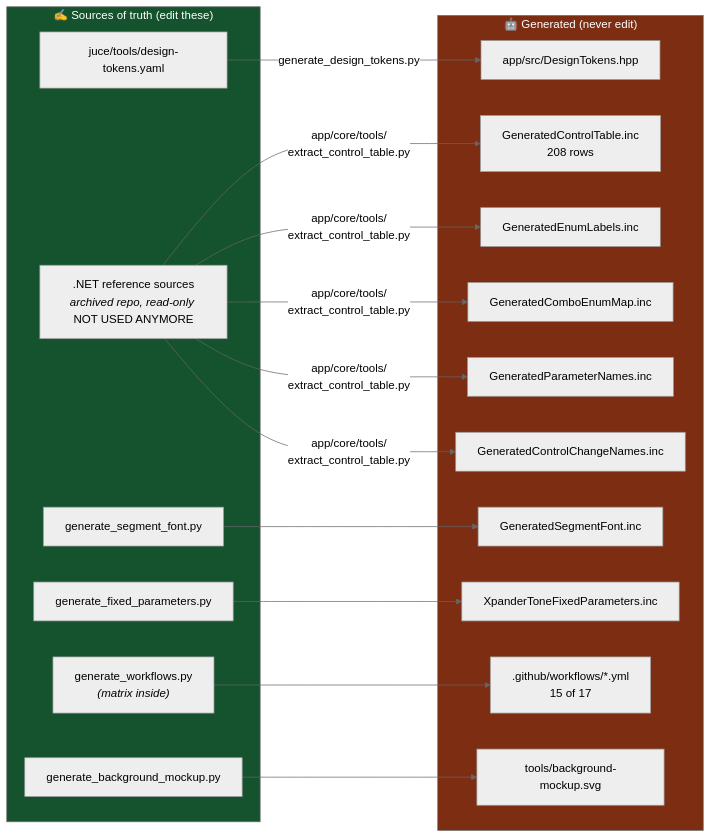
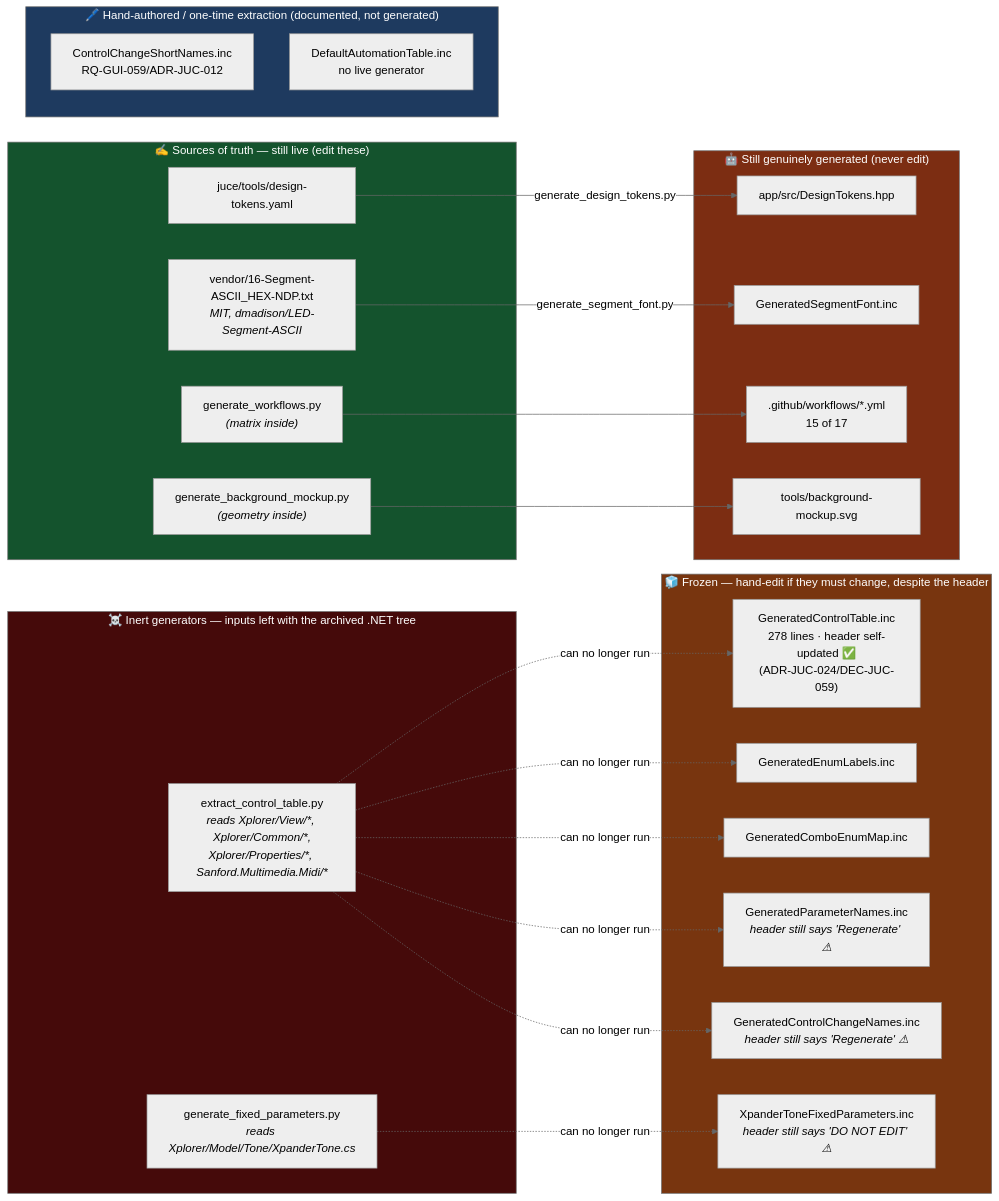
The eighth of 18 diagrams in docs/architecture-analysis.md (xplorer2716/XplorerEditor), drawn with Mermaid (neutral theme) before and after one commit. The commit also changed other lines of this file, not shown here.

First line of the commit message:
docs: correct architecture-analysis.md against verified current state

````diff
--- a/docs/architecture-analysis.md
+++ b/docs/architecture-analysis.md
@@ -433,34 +463,48 @@
 ```mermaid
 flowchart LR
-    subgraph SRC ["✍️ Sources of truth (edit these)"]
+    subgraph SRC ["✍️ Sources of truth — still live (edit these)"]
         DTY["juce/tools/design-tokens.yaml"]
-        REF[".NET reference sources<br/><i>archived repo, read-only</i> NOT USED ANYMORE"]
-        SVG["generate_background_mockup.py"]
+        VEND["vendor/16-Segment-ASCII_HEX-NDP.txt<br/><i>MIT, dmadison/LED-Segment-ASCII</i>"]
+        SVGG["generate_background_mockup.py<br/><i>(geometry inside)</i>"]
         MTX["generate_workflows.py<br/><i>(matrix inside)</i>"]
-        SEG["generate_segment_font.py"]
-        FIX["generate_fixed_parameters.py"]
     end
 
-    subgraph OUT ["🤖 Generated (never edit)"]
-        DTH["app/src/DesignTokens.hpp"]
-        CT["GeneratedControlTable.inc<br/>208 rows"]
+    subgraph DEAD ["☠️ Inert generators — inputs left with the archived .NET tree"]
+        EXT["extract_control_table.py<br/><i>reads Xplorer/View/*, Xplorer/Common/*,<br/>Xplorer/Properties/*, Sanford.Multimedia.Midi/*</i>"]
+        FIXG["generate_fixed_parameters.py<br/><i>reads Xplorer/Model/Tone/XpanderTone.cs</i>"]
+    end
+
+    subgraph FROZEN ["🧊 Frozen — hand-edit if they must change, despite the header"]
+        CT["GeneratedControlTable.inc<br/>278 lines · header self-updated ✅<br/>(ADR-JUC-024/DEC-JUC-059)"]
         EL["GeneratedEnumLabels.inc"]
         CE["GeneratedComboEnumMap.inc"]
-        PN["GeneratedParameterNames.inc"]
-        CC["GeneratedControlChangeNames.inc"]
+        PN["GeneratedParameterNames.inc<br/><i>header still says 'Regenerate' ⚠</i>"]
+        CC["GeneratedControlChangeNames.inc<br/><i>header still says 'Regenerate' ⚠</i>"]
+        XF["XpanderToneFixedParameters.inc<br/><i>header still says 'DO NOT EDIT' ⚠</i>"]
+    end
+
+    subgraph OUT ["🤖 Still genuinely generated (never edit)"]
+        DTH["app/src/DesignTokens.hpp"]
         GS["GeneratedSegmentFont.inc"]
-        XF["XpanderToneFixedParameters.inc"]
         WF[".github/workflows/*.yml<br/>15 of 17"]
         BG["tools/background-mockup.svg"]
     end
 
+    subgraph HAND ["🖊️ Hand-authored / one-time extraction (documented, not generated)"]
+        CCS["ControlChangeShortNames.inc<br/>RQ-GUI-059/ADR-JUC-012"]
+        DAT["DefaultAutomationTable.inc<br/>no live generator"]
+    end
+
     DTY -->|generate_design_tokens.py| DTH
-    REF -->|"app/core/tools/<br/>extract_control_table.py"| CT & EL & CE & PN & CC
-    SEG --> GS
-    FIX --> XF
+    VEND -->|generate_segment_font.py| GS
     MTX --> WF
-    SVG --> BG
+    SVGG --> BG
+    EXT -.->|"can no longer run"| CT & EL & CE & PN & CC
+    FIXG -.->|"can no longer run"| XF
 
     style OUT fill:#7c2d12,color:#fff
     style SRC fill:#14532d,color:#fff
+    style FROZEN fill:#78350f,color:#fff
+    style DEAD fill:#450a0a,color:#fff
+    style HAND fill:#1e3a5f,color:#fff
 ```
````
